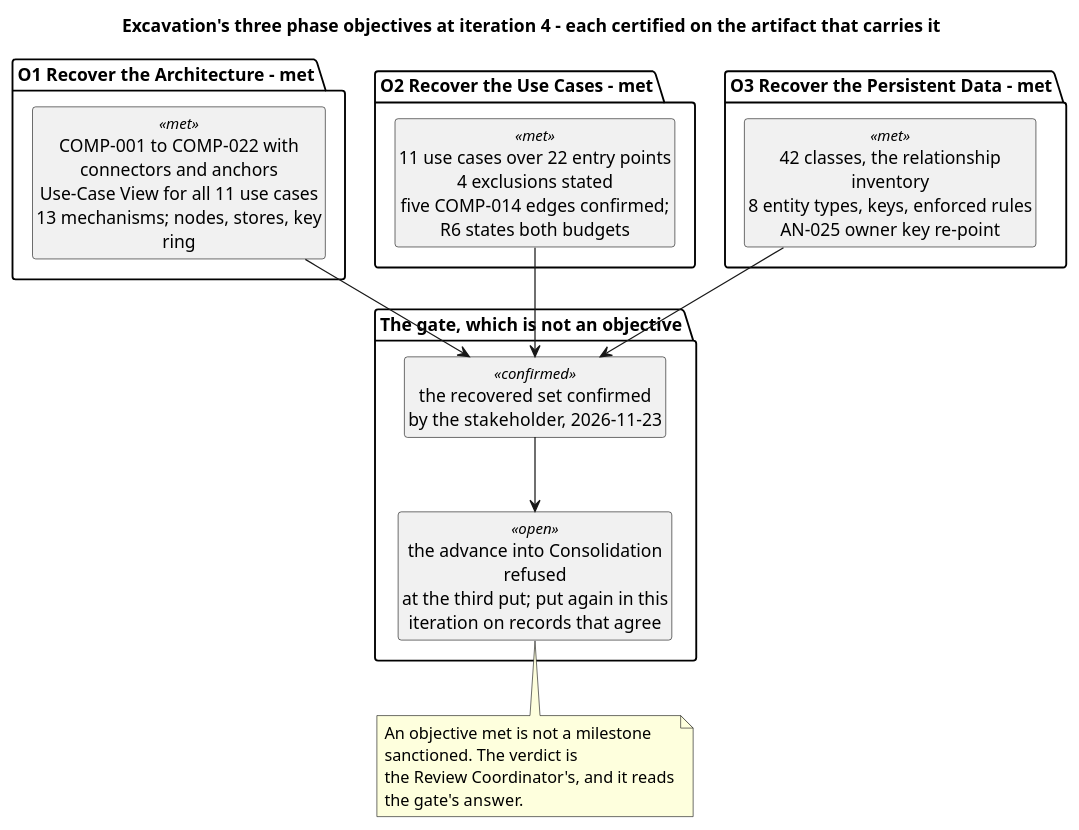
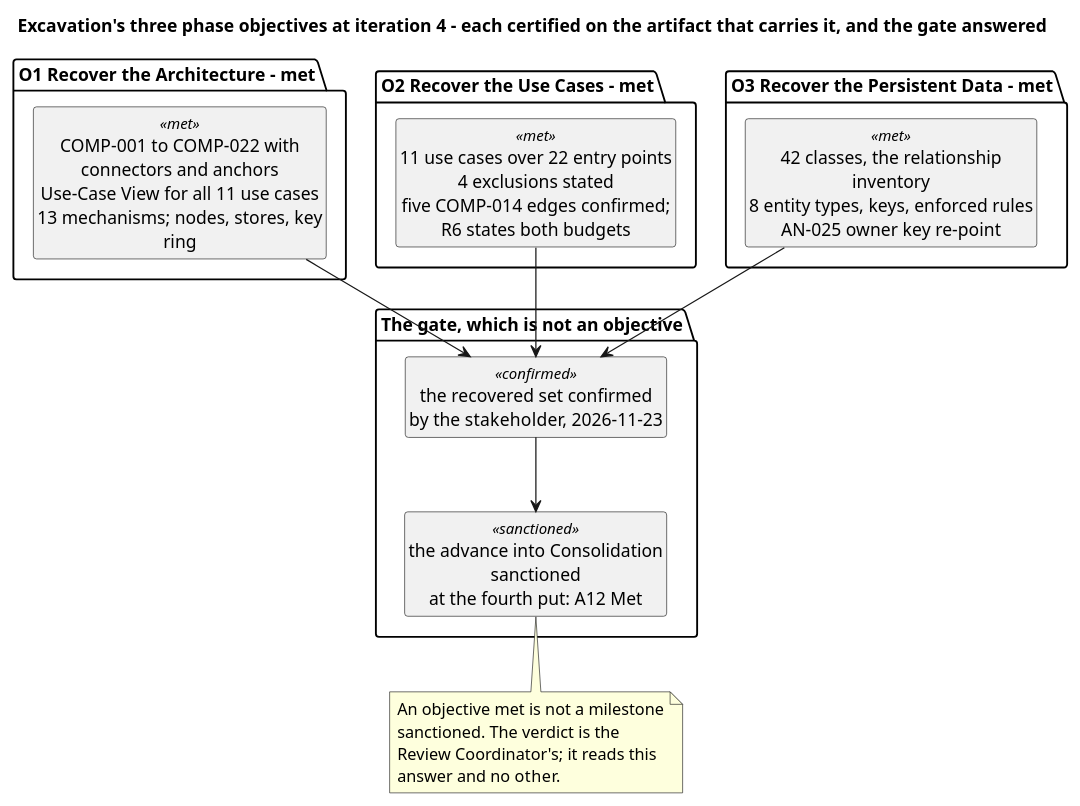
One commit to banense-test/TodoApp changed the first of 6 diagrams in docs/artifacts/project-management/iteration-plan.md. Above: the diagram before and after it, drawn with PlantUML. The commit also changed other lines of this file, not shown here.

Commit message:
Project Manager [Excavation4]: upsert Iteration Plan
[skip ci]

````diff
--- a/docs/artifacts/project-management/iteration-plan.md
+++ b/docs/artifacts/project-management/iteration-plan.md
@@ -13,31 +13,31 @@
 ```plantuml
 @startuml
-title Excavation's three phase objectives at iteration 4 - each certified on the artifact that carries it
+title Excavation's three phase objectives at iteration 4 - each certified on the artifact that carries it, and the gate answered
 skinparam shadowing false
 skinparam wrapWidth 235
 hide circle
 hide empty members
 
 package "O1 Recover the Architecture - met" {
   class "COMP-001 to COMP-022 with connectors and anchors\nUse-Case View for all 11 use cases\n13 mechanisms; nodes, stores, key ring" as O1 <<met>>
 }
 package "O2 Recover the Use Cases - met" {
   class "11 use cases over 22 entry points\n4 exclusions stated\nfive COMP-014 edges confirmed; R6 states both budgets" as O2 <<met>>
 }
 package "O3 Recover the Persistent Data - met" {
   class "42 classes, the relationship inventory\n8 entity types, keys, enforced rules\nAN-025 owner key re-point" as O3 <<met>>
 }
 package "The gate, which is not an objective" {
   class "the recovered set confirmed\nby the stakeholder, 2026-11-23" as CF <<confirmed>>
-  class "the advance into Consolidation refused\nat the third put; put again in this\niteration on records that agree" as RF <<open>>
+  class "the advance into Consolidation sanctioned\nat the fourth put: A12 Met" as RF <<sanctioned>>
 }
 O1 --> CF
 O2 --> CF
 O3 --> CF
 CF --> RF
 note bottom of RF
-  An objective met is not a milestone sanctioned. The verdict is
-  the Review Coordinator's, and it reads the gate's answer.
+  An objective met is not a milestone sanctioned. The verdict is the
+  Review Coordinator's; it reads this answer and no other.
 end note
 @enduml
 ```
````
